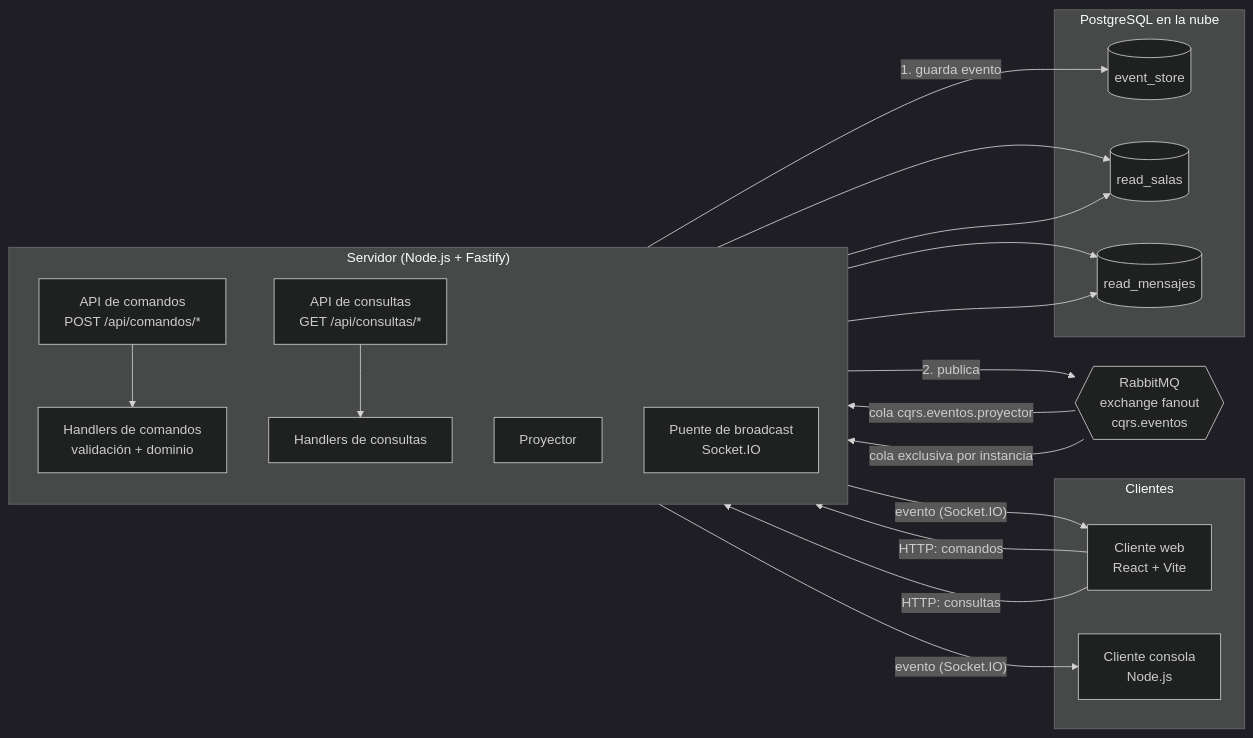
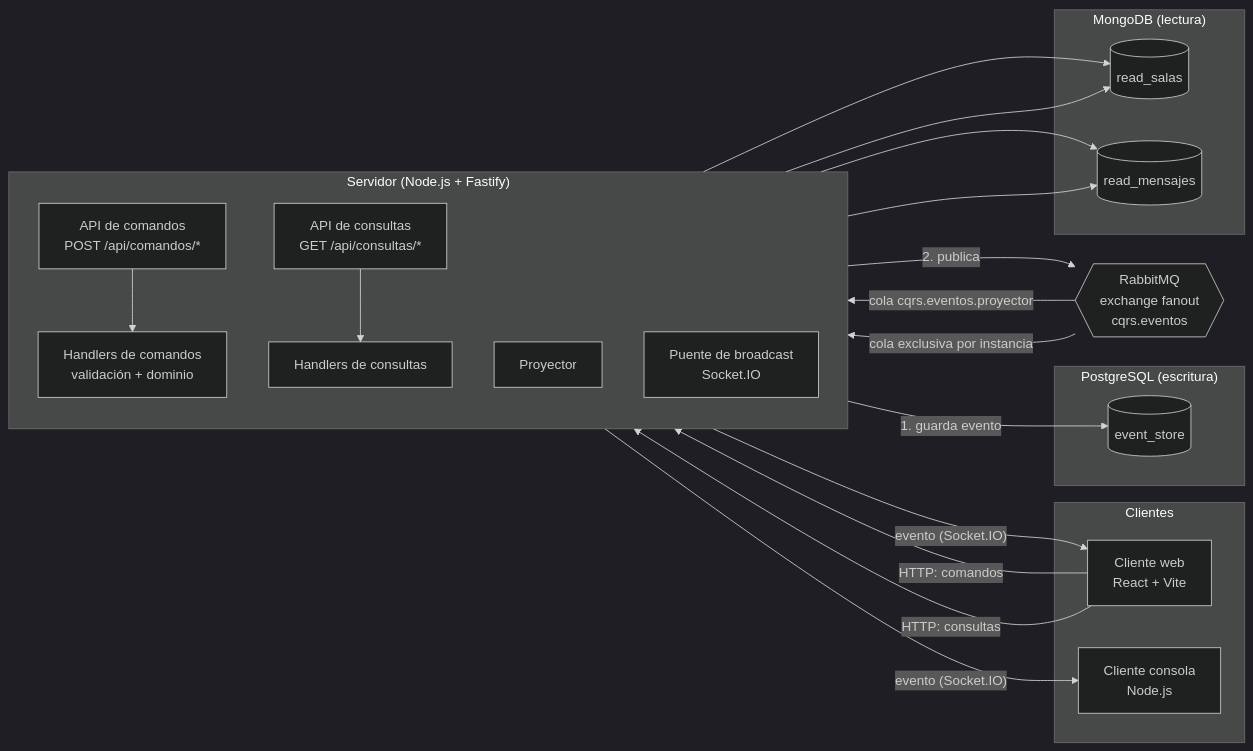
Before and after one commit to pardoski1106/TrabajoCQR: the first of 3 diagrams in docs/arquitectura.md, drawn with Mermaid (dark theme). The commit also changed other lines of this file and 22 other files, not shown here.

First line of the commit message:
feat: modelo de lectura en MongoDB, PostgreSQL en la nube y documentacion

````diff
--- a/docs/arquitectura.md
+++ b/docs/arquitectura.md
@@ -29,40 +29,43 @@
 ```mermaid
 flowchart LR
   subgraph Clientes
     W[Cliente web<br/>React + Vite]
     C[Cliente consola<br/>Node.js]
   end
 
   subgraph Servidor["Servidor (Node.js + Fastify)"]
     direction TB
     CMD[API de comandos<br/>POST /api/comandos/*]
     QRY[API de consultas<br/>GET /api/consultas/*]
     H[Handlers de comandos<br/>validación + dominio]
     QH[Handlers de consultas]
     PRJ[Proyector]
     BR[Puente de broadcast<br/>Socket.IO]
   end
 
   RMQ{{RabbitMQ<br/>exchange fanout<br/>cqrs.eventos}}
 
-  subgraph PG["PostgreSQL en la nube"]
+  subgraph PG["PostgreSQL (escritura)"]
     ES[(event_store)]
+  end
+
+  subgraph MG["MongoDB (lectura)"]
     RS[(read_salas)]
     RM[(read_mensajes)]
   end
 
   W -- "HTTP: comandos" --> CMD
   W -- "HTTP: consultas" --> QRY
   CMD --> H
   H -- "1. guarda evento" --> ES
   H -- "2. publica" --> RMQ
   RMQ -- "cola cqrs.eventos.proyector" --> PRJ
   PRJ --> RS
   PRJ --> RM
   QRY --> QH
   QH --> RS
   QH --> RM
   RMQ -- "cola exclusiva por instancia" --> BR
   BR -- "evento (Socket.IO)" --> W
   BR -- "evento (Socket.IO)" --> C
 ```
````
